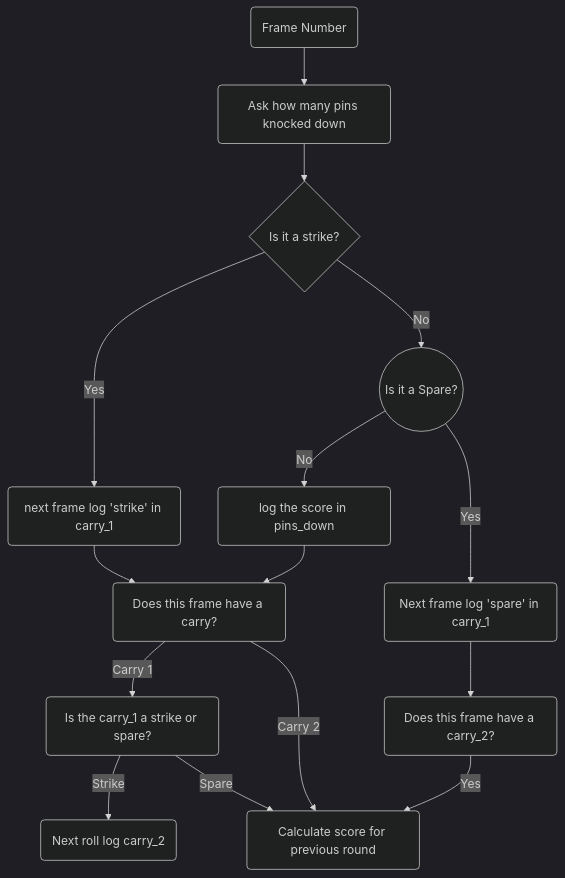
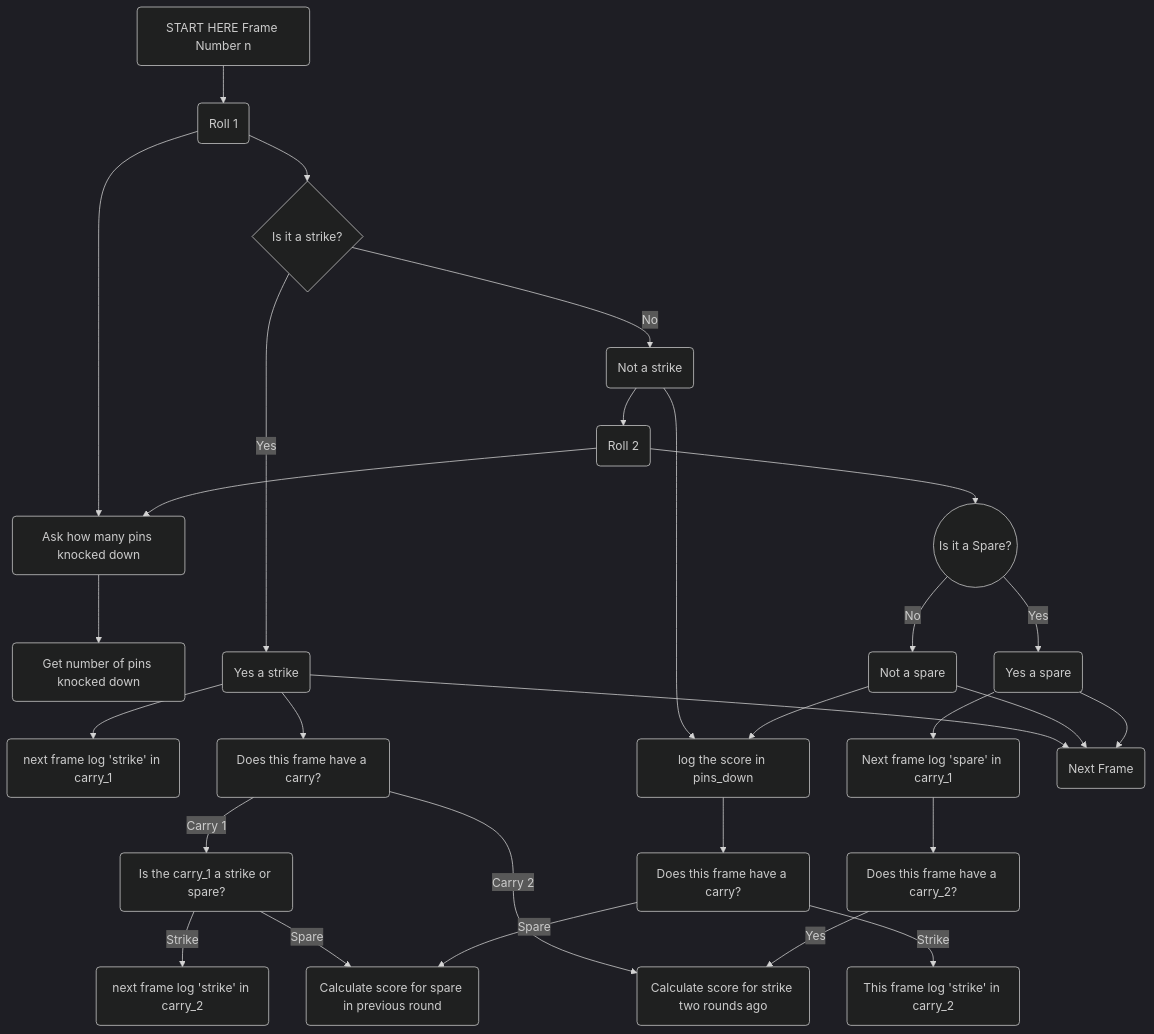
Before and after one commit to makersacademy/bowling-challenge-ruby: the diagram in README.md, drawn with Mermaid (dark theme). The commit also changed other lines of this file, not shown here.

Commit message:
more diagramming - approaching a solution

````diff
--- a/README.md
+++ b/README.md
@@ -11,19 +11,57 @@
 ```mermaid
 
 flowchart TD
-    A(Frame Number) --> B(Ask how many pins knocked down)
-    B --> C{Is it a strike?}
-    C -->|Yes| D(next frame log 'strike' in carry_1)
-    D --> E(Does this frame have a carry?)
-    E -->|Carry 1| F(Is the carry_1 a strike or spare?)
-    E -->|Carry 2| H
-    F -->|Strike| G(Next roll log carry_2)
-    F -->|Spare| H(Calculate score for previous round)
-    C -->|No| I((Is it a Spare?))
-    I -->|No| J(log the score in pins_down)
-    J --> E
-    I -->|Yes|K(Next frame log 'spare' in carry_1)
-    K --> L(Does this frame have a carry_2?)
-    L -->|Yes|H
+    A(START HERE Frame Number n)
+    B(Ask how many pins knocked down)
+    C{Is it a strike?}
+    D(next frame log 'strike' in carry_1)
+    E(Does this frame have a carry?)
+    F(Is the carry_1 a strike or spare?)
+    G(next frame log 'strike' in carry_2)
+    H(Calculate score for spare in previous round)
+    I((Is it a Spare?))
+    J(log the score in pins_down)
+    K(Next frame log 'spare' in carry_1)
+    L(Does this frame have a carry_2?)
+    M(Roll 1)
+    N(Roll 2)
+    O(Get number of pins knocked down)
+    P(Not a spare)
+    Q(Next Frame)
+    R(Yes a spare)
+    S(Yes a strike)
+    T(Not a strike)
+    U(Calculate score for strike two rounds ago)
+    V(Does this frame have a carry?)
+    W(This frame log 'strike' in carry_2)
+    A --> M
+    B --> O
+    M --> B
+    N --> B
+    N --> I
+    M --> C
+    C -->|Yes| S
+    S --> Q
+    S --> D
+    S --> E
+    E -->|Carry 1| F
+    E -->|Carry 2| U
+    F -->|Strike| G
+    F -->|Spare| H
+    C -->|No| T
+    T --> J
+    I -->|No| P
+    P --> J
+    P --> Q
+    I -->|Yes|R
+    R --> K
+    K --> L
+    L -->|Yes|U
+    R --> Q
+    T --> N
+    J --> V
+    V -->|Spare|H
+    V -->|Strike|W
+    
 
 ```
````
